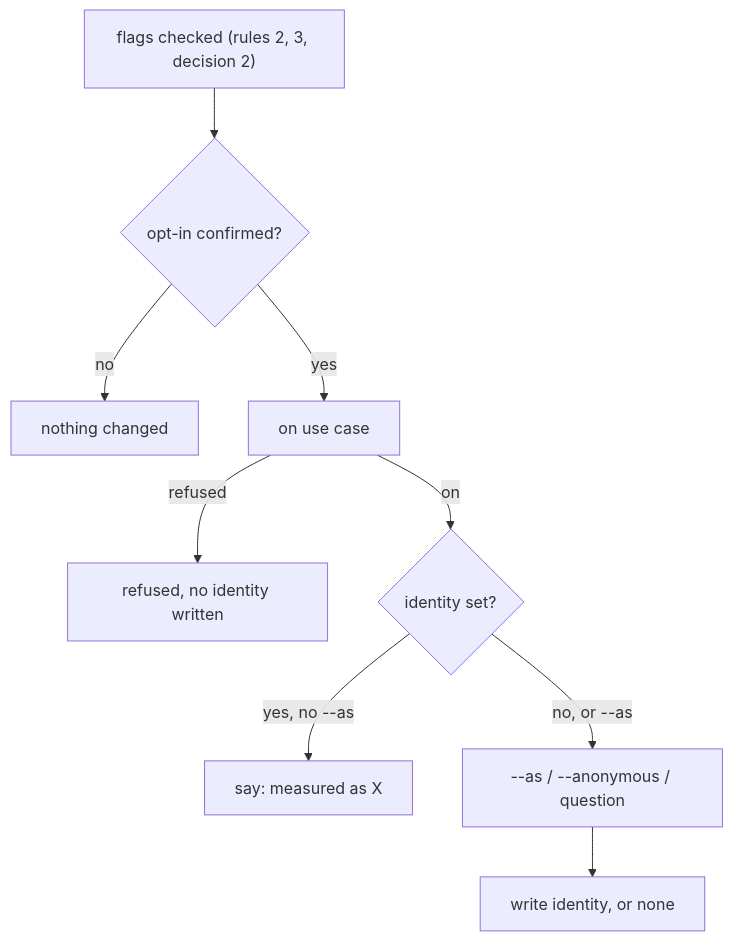
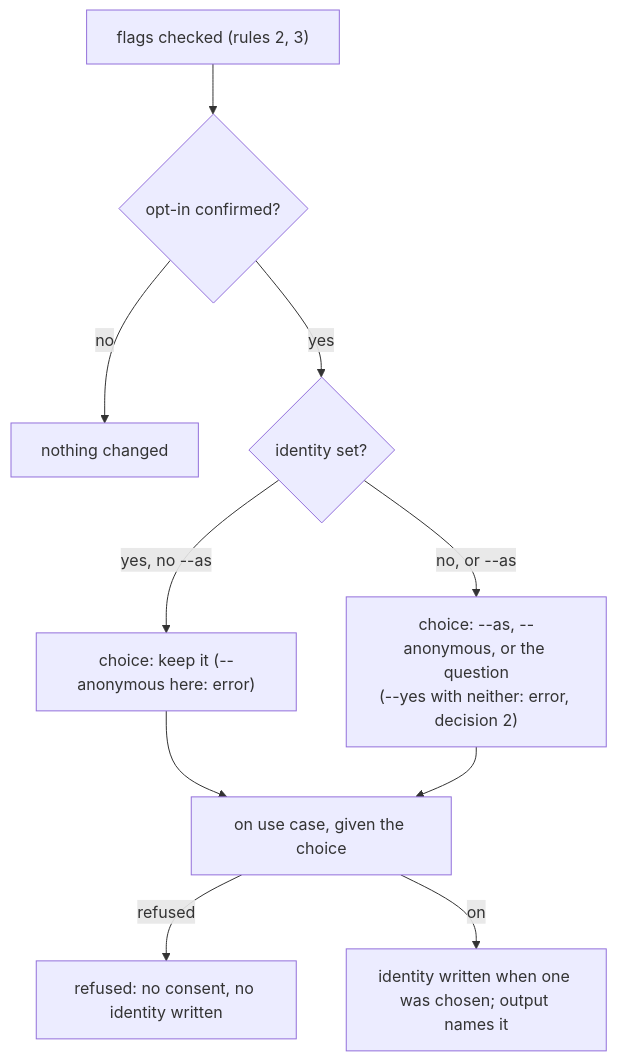
One commit to ai-driven-dev/framework changed the diagram in aidd_docs/tasks/2026_10/2026_10_15_identity-at-opt-in/contract.md. Above: the diagram before and after it, drawn with Mermaid.

Commit message:
docs(telemetry): order the opt-in question before the use case writes
Claude-Session: https://claude.ai/code/session_01VWNxk63AGKkqE8HRqHLjGp

````diff
--- a/aidd_docs/tasks/2026_10/2026_10_15_identity-at-opt-in/contract.md
+++ b/aidd_docs/tasks/2026_10/2026_10_15_identity-at-opt-in/contract.md
@@ -42,11 +42,12 @@
 ```mermaid
 flowchart TD
-  F["flags checked (rules 2, 3, decision 2)"] --> C{"opt-in confirmed?"}
+  F["flags checked (rules 2, 3)"] --> C{"opt-in confirmed?"}
   C -->|no| N["nothing changed"]
-  C -->|yes| O["on use case"]
-  O -->|refused| R["refused, no identity written"]
-  O -->|on| I{"identity set?"}
-  I -->|yes, no --as| S["say: measured as X"]
-  I -->|no, or --as| Q["--as / --anonymous / question"]
-  Q --> W["write identity, or none"]
+  C -->|yes| I{"identity set?"}
+  I -->|"yes, no --as"| K["choice: keep it (--anonymous here: error)"]
+  I -->|"no, or --as"| Q["choice: --as, --anonymous, or the question<br/>(--yes with neither: error, decision 2)"]
+  K --> O["on use case, given the choice"]
+  Q --> O
+  O -->|refused| R["refused: no consent, no identity written"]
+  O -->|on| W["identity written when one was chosen; output names it"]
 ```
````
